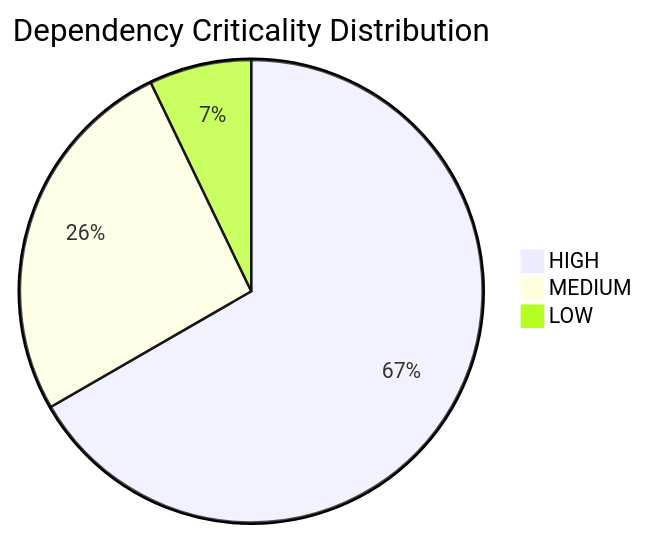
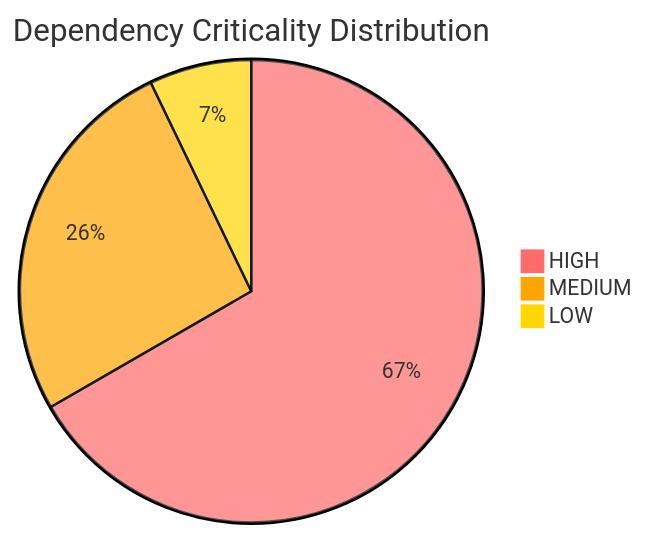
The fifth of 5 diagrams in docs/diagrams/overview.md (Lizo-RoadTown/PROVES_LIBRARY), drawn with Mermaid before and after one commit. The commit also changed 3 other files, not shown here.

First line of the commit message:
Fix pie chart visibility with custom color themes

````diff
--- a/docs/diagrams/overview.md
+++ b/docs/diagrams/overview.md
@@ -185,6 +185,7 @@
 ```mermaid
+%%{init: {'theme':'base', 'themeVariables': { 'pie1':'#ff6b6b', 'pie2':'#ffa500', 'pie3':'#ffd700'}}}%%
 pie title Dependency Criticality Distribution
     "HIGH" : 28
     "MEDIUM" : 11
     "LOW" : 3
 ```
````
